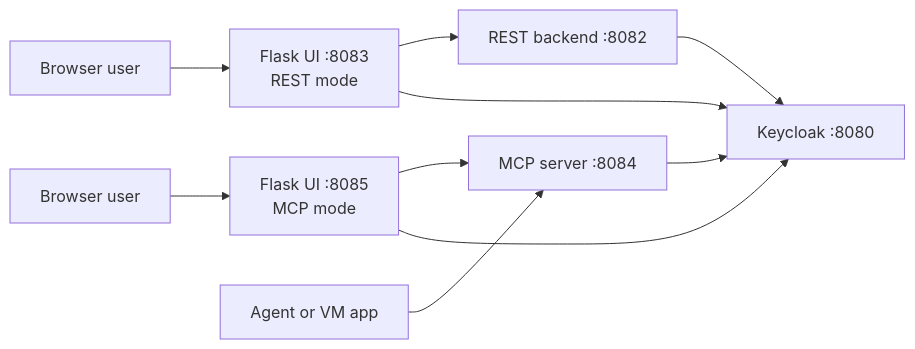
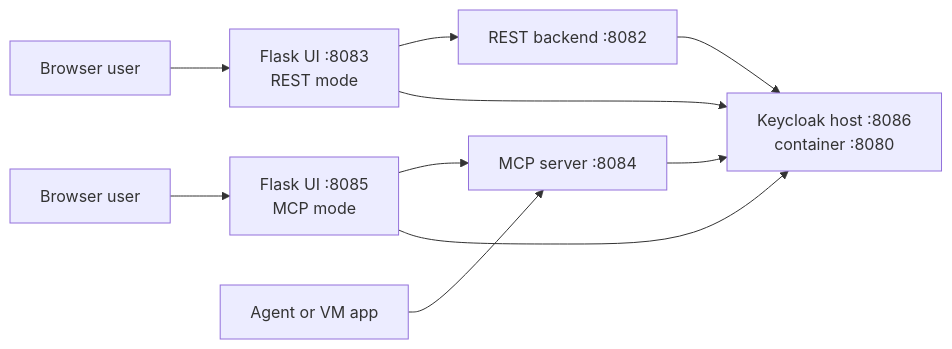
One commit to thomassuedbroecker/galaxium-travels-infrastructure-tsuedbro changed the diagram in README.md. Above: the diagram before and after it, drawn with Mermaid. The commit also changed other lines of this file and 20 other files, not shown here.

````diff
--- a/README.md
+++ b/README.md
@@ -30,12 +30,12 @@
 ```mermaid
 flowchart LR
     Browser1["Browser user"] --> UIREST["Flask UI :8083<br/>REST mode"]
     Browser2["Browser user"] --> UIMCP["Flask UI :8085<br/>MCP mode"]
     Agent["Agent or VM app"] --> MCP["MCP server :8084"]
     UIREST --> REST["REST backend :8082"]
     UIMCP --> MCP
-    REST --> KC["Keycloak :8080"]
+    REST --> KC["Keycloak host :8086<br/>container :8080"]
     MCP --> KC
     UIREST --> KC
     UIMCP --> KC
 ```
````
